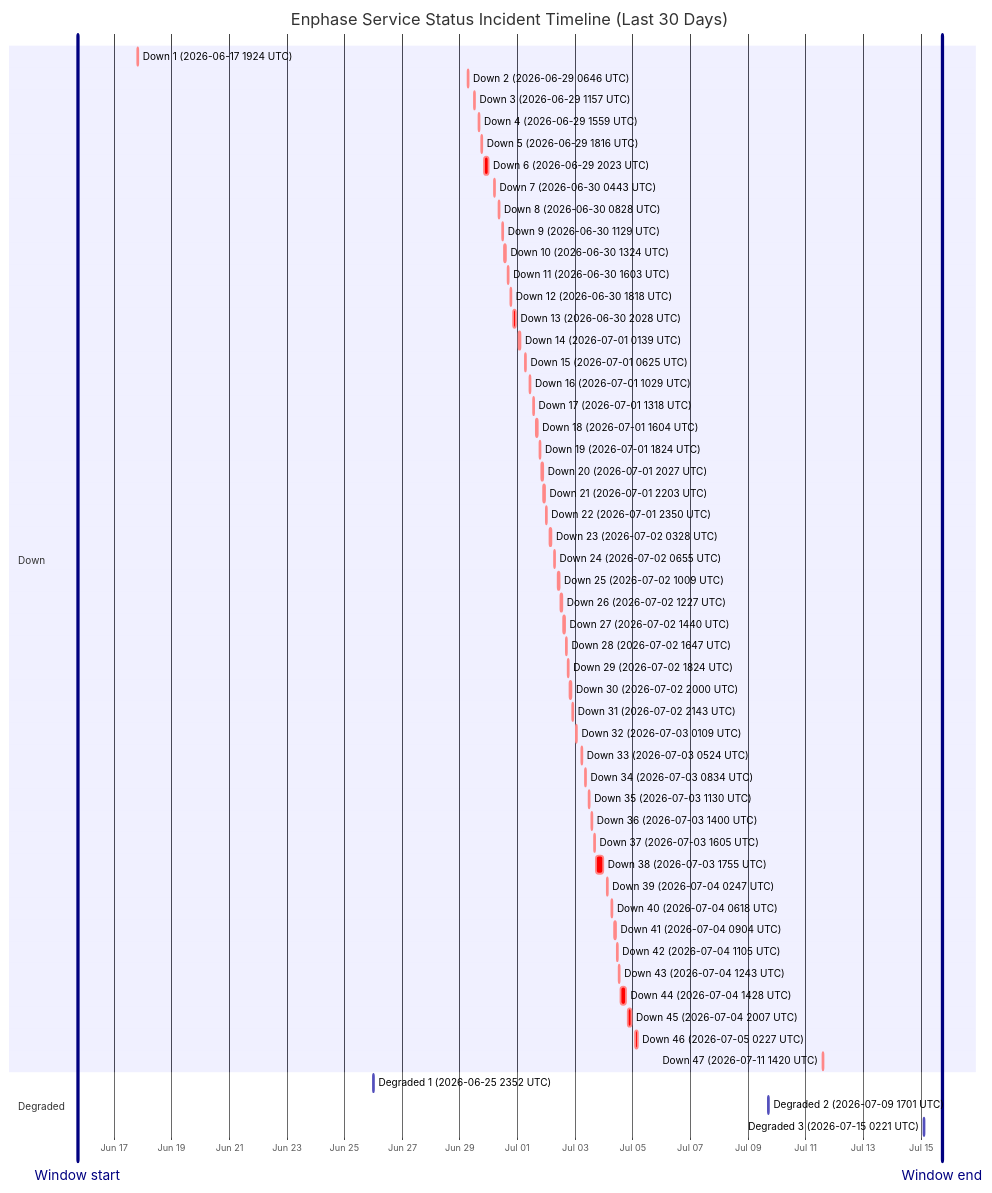
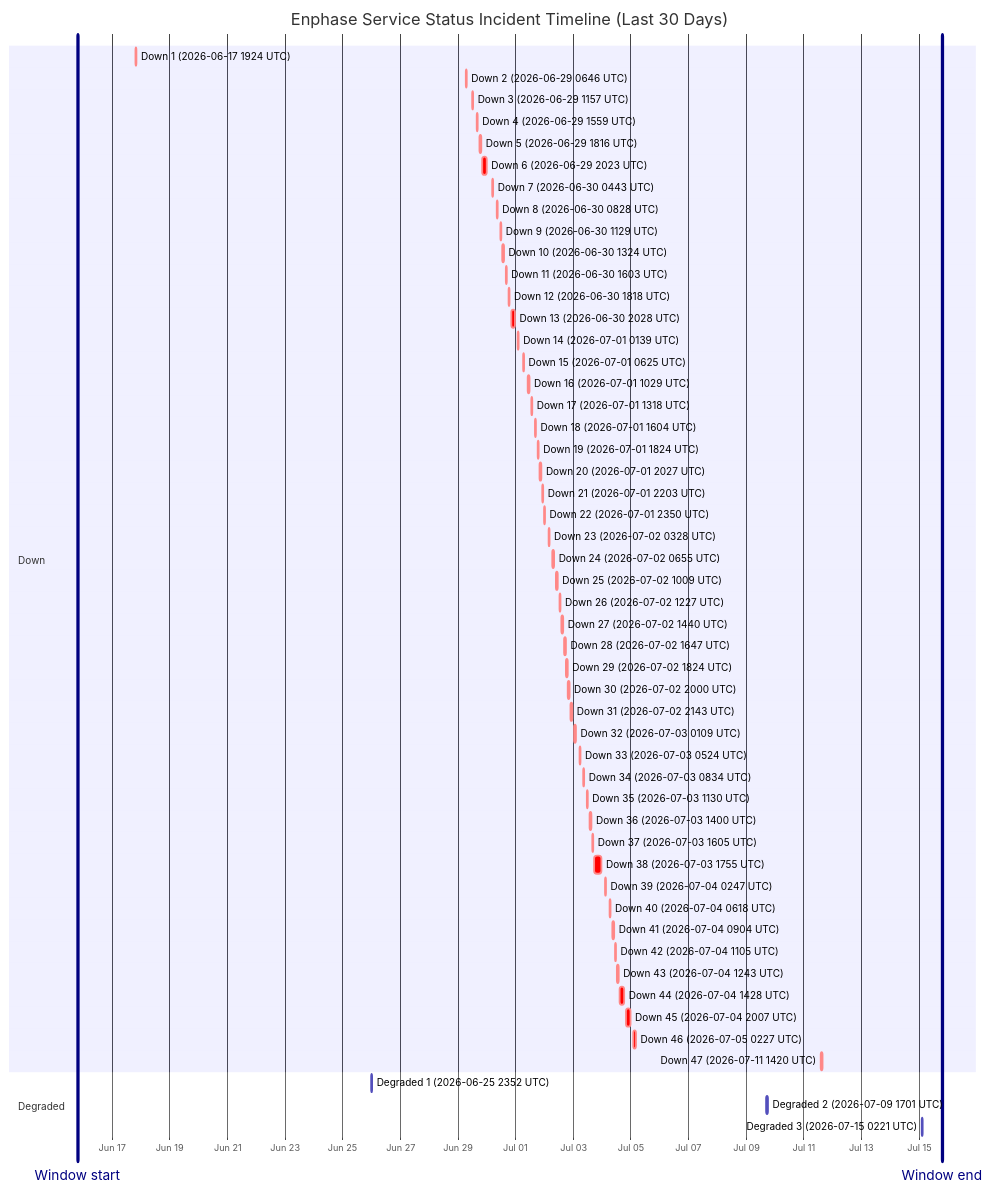
The diagram in wiki/Service-Status-History.md (barneyonline/ha-enphase-energy), drawn with Mermaid before and after one commit. The commit also changed other lines of this file and 3 other files, not shown here.

````diff
--- a/wiki/Service-Status-History.md
+++ b/wiki/Service-Status-History.md
@@ -14,60 +14,60 @@
 ```mermaid
 gantt
     title Enphase Service Status Incident Timeline (Last 30 Days)
     dateFormat  YYYY-MM-DDTHH:mm:ss
     axisFormat  %b %d
-    Window start :vert, window-start, 2026-06-15T17:46:17, 0ms
-    Window end :vert, window-end, 2026-07-15T17:46:17, 0ms
+    Window start :vert, window-start, 2026-06-15T19:08:06, 0ms
+    Window end :vert, window-end, 2026-07-15T19:08:06, 0ms
     section Down
     Down 1 (2026-06-17 1924 UTC) :crit, down-1, 2026-06-17T19:24:51, 60m
     Down 2 (2026-06-29 0646 UTC) :crit, down-2, 2026-06-29T06:46:18, 60m
     Down 3 (2026-06-29 1157 UTC) :crit, down-3, 2026-06-29T11:57:36, 60m
     Down 4 (2026-06-29 1559 UTC) :crit, down-4, 2026-06-29T15:59:02, 60m
     Down 5 (2026-06-29 1816 UTC) :crit, down-5, 2026-06-29T18:16:38, 60m
     Down 6 (2026-06-29 2023 UTC) :crit, down-6, 2026-06-29T20:23:16, 220m
     Down 7 (2026-06-30 0443 UTC) :crit, down-7, 2026-06-30T04:43:54, 60m
     Down 8 (2026-06-30 0828 UTC) :crit, down-8, 2026-06-30T08:28:43, 60m
     Down 9 (2026-06-30 1129 UTC) :crit, down-9, 2026-06-30T11:29:15, 60m
     Down 10 (2026-06-30 1324 UTC) :crit, down-10, 2026-06-30T13:24:25, 60m
     Down 11 (2026-06-30 1603 UTC) :crit, down-11, 2026-06-30T16:03:26, 60m
     Down 12 (2026-06-30 1818 UTC) :crit, down-12, 2026-06-30T18:18:39, 60m
     Down 13 (2026-06-30 2028 UTC) :crit, down-13, 2026-06-30T20:28:54, 171m
     Down 14 (2026-07-01 0139 UTC) :crit, down-14, 2026-07-01T01:39:18, 60m
     Down 15 (2026-07-01 0625 UTC) :crit, down-15, 2026-07-01T06:25:35, 60m
     Down 16 (2026-07-01 1029 UTC) :crit, down-16, 2026-07-01T10:29:24, 60m
     Down 17 (2026-07-01 1318 UTC) :crit, down-17, 2026-07-01T13:18:31, 60m
     Down 18 (2026-07-01 1604 UTC) :crit, down-18, 2026-07-01T16:04:29, 60m
     Down 19 (2026-07-01 1824 UTC) :crit, down-19, 2026-07-01T18:24:21, 60m
     Down 20 (2026-07-01 2027 UTC) :crit, down-20, 2026-07-01T20:27:17, 60m
     Down 21 (2026-07-01 2203 UTC) :crit, down-21, 2026-07-01T22:03:46, 60m
     Down 22 (2026-07-01 2350 UTC) :crit, down-22, 2026-07-01T23:50:52, 60m
     Down 23 (2026-07-02 0328 UTC) :crit, down-23, 2026-07-02T03:28:33, 60m
     Down 24 (2026-07-02 0655 UTC) :crit, down-24, 2026-07-02T06:55:07, 60m
     Down 25 (2026-07-02 1009 UTC) :crit, down-25, 2026-07-02T10:09:15, 60m
     Down 26 (2026-07-02 1227 UTC) :crit, down-26, 2026-07-02T12:27:49, 60m
     Down 27 (2026-07-02 1440 UTC) :crit, down-27, 2026-07-02T14:40:53, 60m
     Down 28 (2026-07-02 1647 UTC) :crit, down-28, 2026-07-02T16:47:47, 60m
     Down 29 (2026-07-02 1824 UTC) :crit, down-29, 2026-07-02T18:24:26, 60m
     Down 30 (2026-07-02 2000 UTC) :crit, down-30, 2026-07-02T20:00:57, 60m
     Down 31 (2026-07-02 2143 UTC) :crit, down-31, 2026-07-02T21:43:52, 80m
     Down 32 (2026-07-03 0109 UTC) :crit, down-32, 2026-07-03T01:09:19, 60m
     Down 33 (2026-07-03 0524 UTC) :crit, down-33, 2026-07-03T05:24:23, 60m
     Down 34 (2026-07-03 0834 UTC) :crit, down-34, 2026-07-03T08:34:05, 60m
     Down 35 (2026-07-03 1130 UTC) :crit, down-35, 2026-07-03T11:30:41, 60m
     Down 36 (2026-07-03 1400 UTC) :crit, down-36, 2026-07-03T14:00:48, 60m
     Down 37 (2026-07-03 1605 UTC) :crit, down-37, 2026-07-03T16:05:49, 60m
     Down 38 (2026-07-03 1755 UTC) :crit, down-38, 2026-07-03T17:55:54, 338m
     Down 39 (2026-07-04 0247 UTC) :crit, down-39, 2026-07-04T02:47:22, 60m
     Down 40 (2026-07-04 0618 UTC) :crit, down-40, 2026-07-04T06:18:09, 60m
     Down 41 (2026-07-04 0904 UTC) :crit, down-41, 2026-07-04T09:04:41, 60m
     Down 42 (2026-07-04 1105 UTC) :crit, down-42, 2026-07-04T11:05:21, 60m
     Down 43 (2026-07-04 1243 UTC) :crit, down-43, 2026-07-04T12:43:25, 60m
     Down 44 (2026-07-04 1428 UTC) :crit, down-44, 2026-07-04T14:28:07, 243m
     Down 45 (2026-07-04 2007 UTC) :crit, down-45, 2026-07-04T20:07:50, 206m
     Down 46 (2026-07-05 0227 UTC) :crit, down-46, 2026-07-05T02:27:32, 109m
     Down 47 (2026-07-11 1420 UTC) :crit, down-47, 2026-07-11T14:20:54, 69m
     section Degraded
     Degraded 1 (2026-06-25 2352 UTC) :active, degraded-1, 2026-06-25T23:52:01, 60m
     Degraded 2 (2026-07-09 1701 UTC) :active, degraded-2, 2026-07-09T17:01:02, 60m
     Degraded 3 (2026-07-15 0221 UTC) :active, degraded-3, 2026-07-15T02:21:35, 60m
 ```
````
